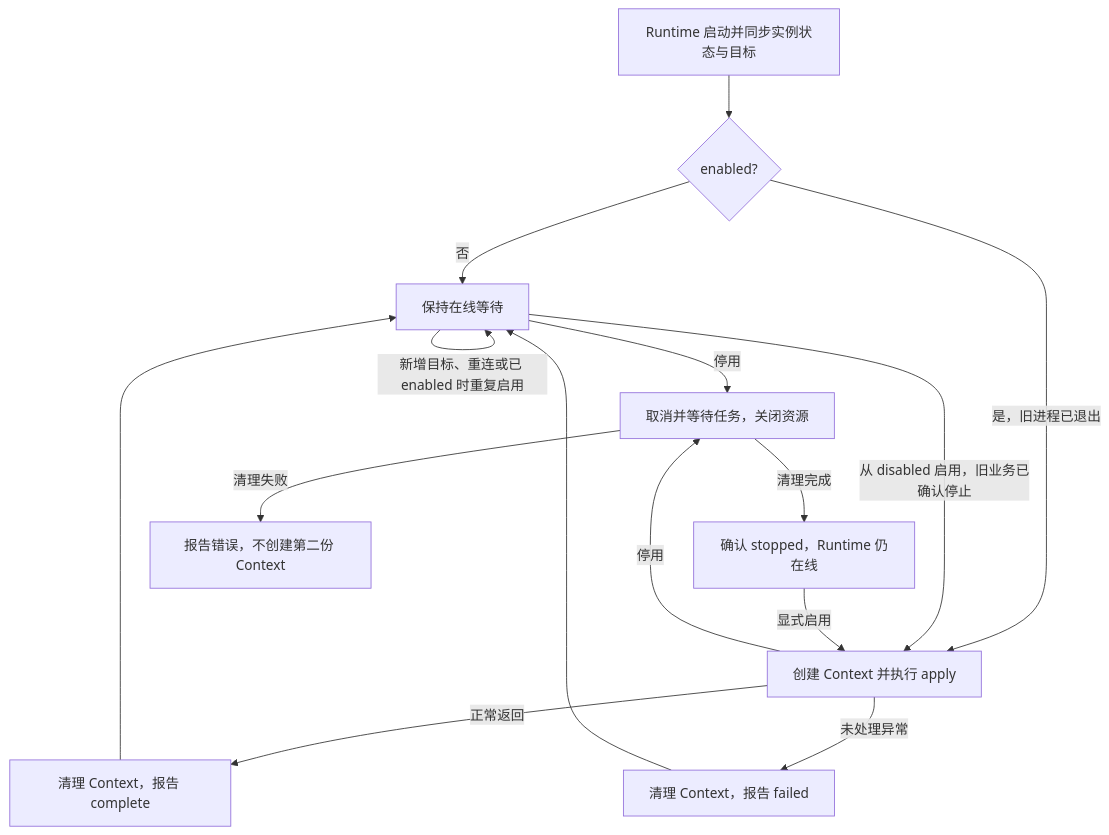
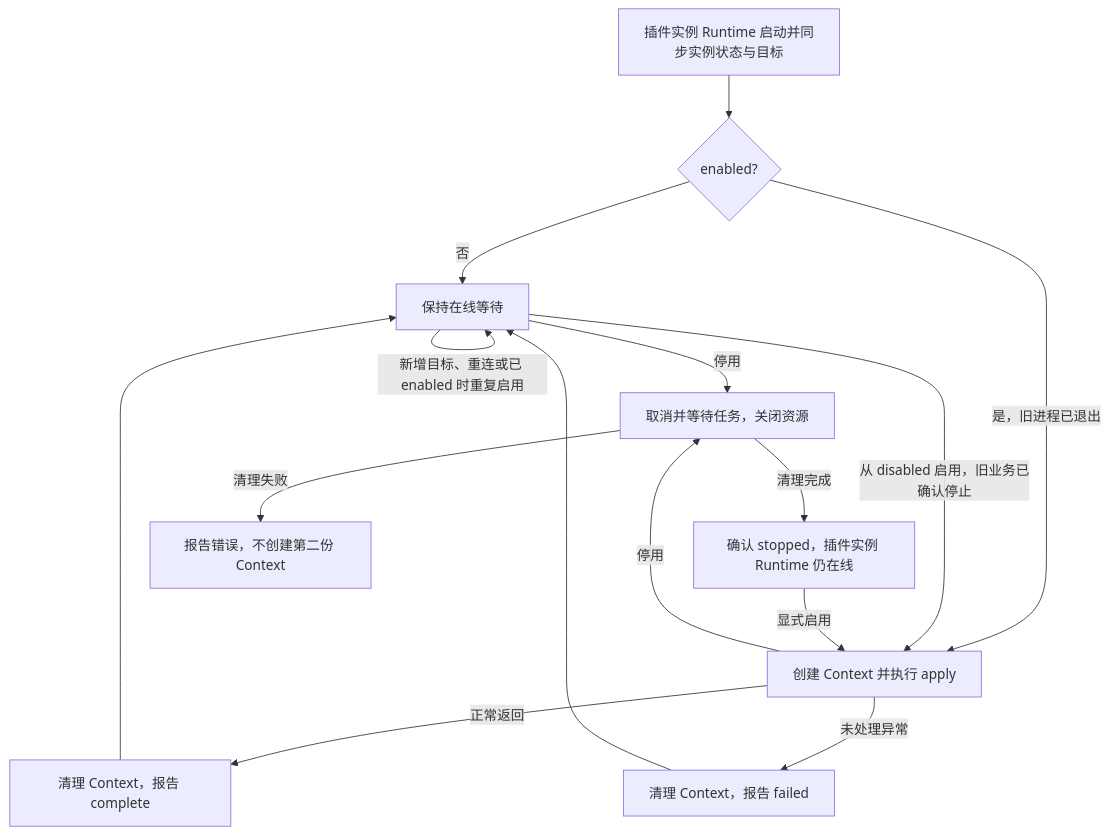
The fifth of 5 diagrams in docs/zh/rfcs/0000-source-plugin-system.md (2397819368a-oss/powercontext-2026), drawn with Mermaid before and after one commit. The commit also changed other lines of this file and 1 other file, not shown here.

````diff
--- a/docs/zh/rfcs/0000-source-plugin-system.md
+++ b/docs/zh/rfcs/0000-source-plugin-system.md
@@ -654,17 +336,17 @@
 ```mermaid
 flowchart TD
-    S[Runtime 启动并同步实例状态与目标] --> E{enabled?}
+    S[插件实例 Runtime 启动并同步实例状态与目标] --> E{enabled?}
     E -->|否| I[保持在线等待]
     E -->|是，旧进程已退出| R[创建 Context 并执行 apply]
     R -->|正常返回| C[清理 Context，报告 complete]
     R -->|未处理异常| F[清理 Context，报告 failed]
     C --> I
     F --> I
     R -->|停用| D[取消并等待任务，关闭资源]
     I -->|停用| D
     I -->|从 disabled 启用，旧业务已确认停止| R
-    D -->|清理完成| T[确认 stopped，Runtime 仍在线]
+    D -->|清理完成| T[确认 stopped，插件实例 Runtime 仍在线]
     T -->|显式启用| R
     I -->|新增目标、重连或已 enabled 时重复启用| I
     D -->|清理失败| U[报告错误，不创建第二份 Context]
 ```
````
